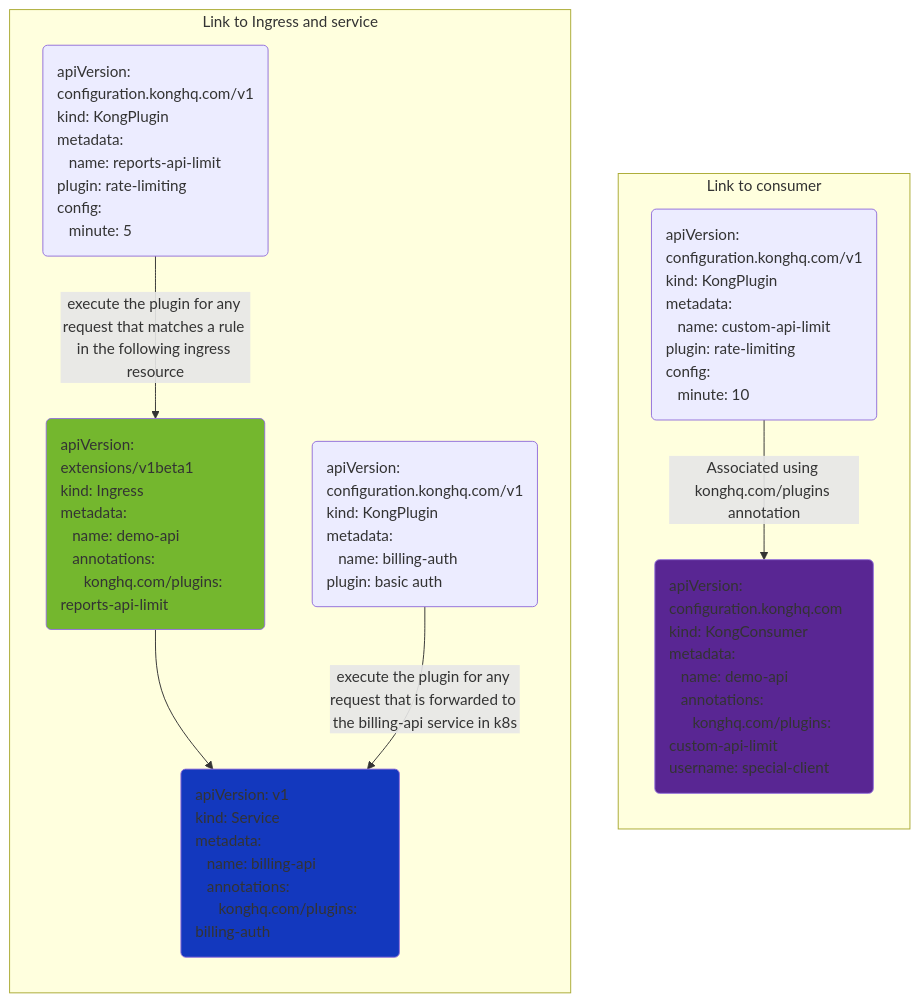
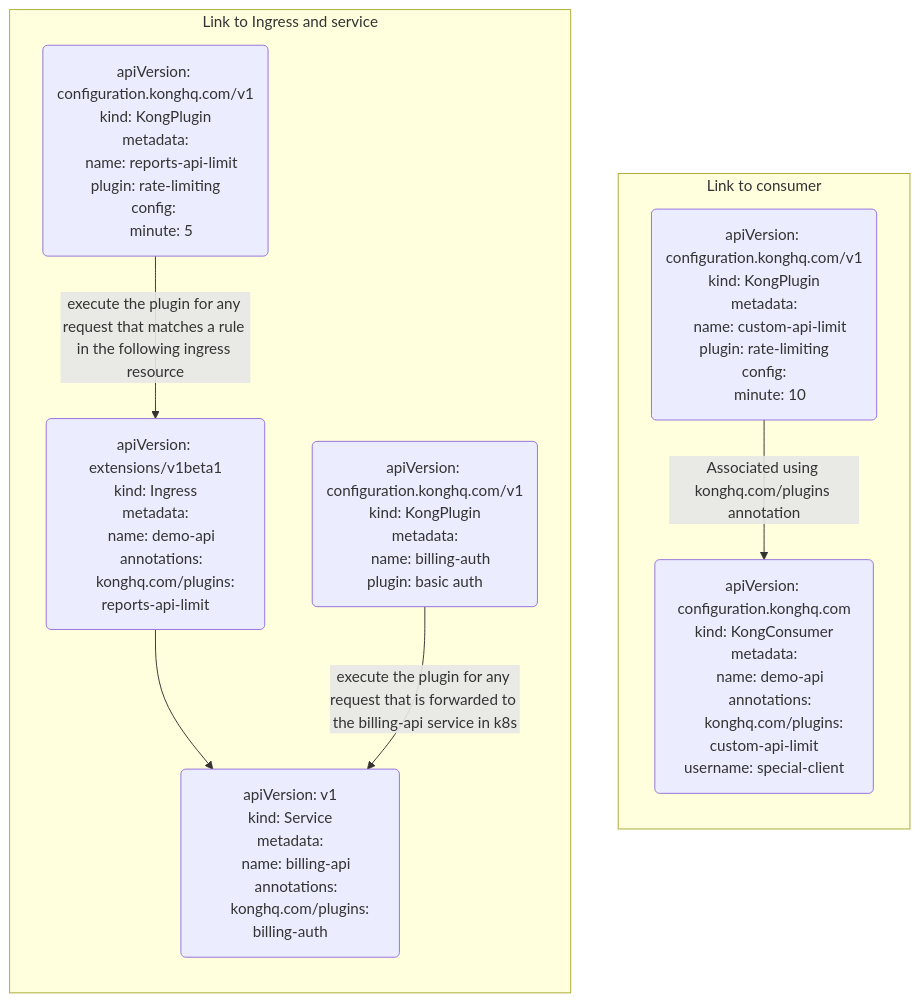
One commit to Kong/developer.konghq.com changed the diagram in app/kubernetes-ingress-controller/custom-resources.md. Above: the diagram before and after it, drawn with Mermaid. The commit also changed 1 other file, not shown here.

Commit message:
Remove mermaid colours

```diff
--- a/app/kubernetes-ingress-controller/custom-resources.md
+++ b/app/kubernetes-ingress-controller/custom-resources.md
@@ -47,30 +47,21 @@
 {% mermaid %}
 flowchart TD
     subgraph Link to consumer
         direction TB
         E(apiVersion: configuration.konghq.com/v1<br>kind: KongPlugin<br>metadata:<br>&nbsp;&nbsp;&nbsp;name: custom-api-limit<br>plugin: rate-limiting<br>config:<br>&nbsp;&nbsp;&nbsp;minute: 10):::left
         F(apiVersion: configuration.konghq.com<br>kind: KongConsumer<br>metadata:<br>&nbsp;&nbsp;&nbsp;name: demo-api<br>&nbsp;&nbsp;&nbsp;annotations:<br>&nbsp;&nbsp;&nbsp;&nbsp;&nbsp;&nbsp;konghq.com/plugins: custom-api-limit<br>username: special-client):::left
     end
     
     subgraph Link to Ingress and service
         direction TB
         A(apiVersion: configuration.konghq.com/v1<br>kind: KongPlugin<br>metadata:<br>&nbsp;&nbsp;&nbsp;name: reports-api-limit<br>plugin: rate-limiting<br>config: <br>&nbsp;&nbsp;&nbsp;minute: 5):::left 
         B(apiVersion: extensions/v1beta1<br>kind: Ingress<br>metadata:<br>&nbsp;&nbsp;&nbsp;name: demo-api<br>&nbsp;&nbsp;&nbsp;annotations:<br>&nbsp;&nbsp;&nbsp;&nbsp;&nbsp;&nbsp;konghq.com/plugins: reports-api-limit):::left
         C(apiVersion: v1<br>kind: Service<br>metadata:<br>&nbsp;&nbsp;&nbsp;name: billing-api<br>&nbsp;&nbsp;&nbsp;annotations:<br>&nbsp;&nbsp;&nbsp;&nbsp;&nbsp;&nbsp;konghq.com/plugins: billing-auth):::left
         D(apiVersion: configuration.konghq.com/v1<br>kind: KongPlugin<br>metadata:<br>&nbsp;&nbsp;&nbsp;name: billing-auth<br>plugin: basic auth):::left
     end
 
     A --> |execute the plugin for any request that matches a rule in the following ingress resource|B
     B --> C
     D --> |execute the plugin for any request that is forwarded to the billing-api service in k8s|C
     E --> |Associated using konghq.com/plugins annotation|F
-
-    classDef left text-align:left;
-    classDef lightBlue fill:#1338be;
-    classDef lightGreen fill:#74B72E;
-    classDef lightPurple fill:#592693;
-
-    class B lightGreen;
-    class C lightBlue;
-    class F lightPurple;
 {% endmermaid %}
```
